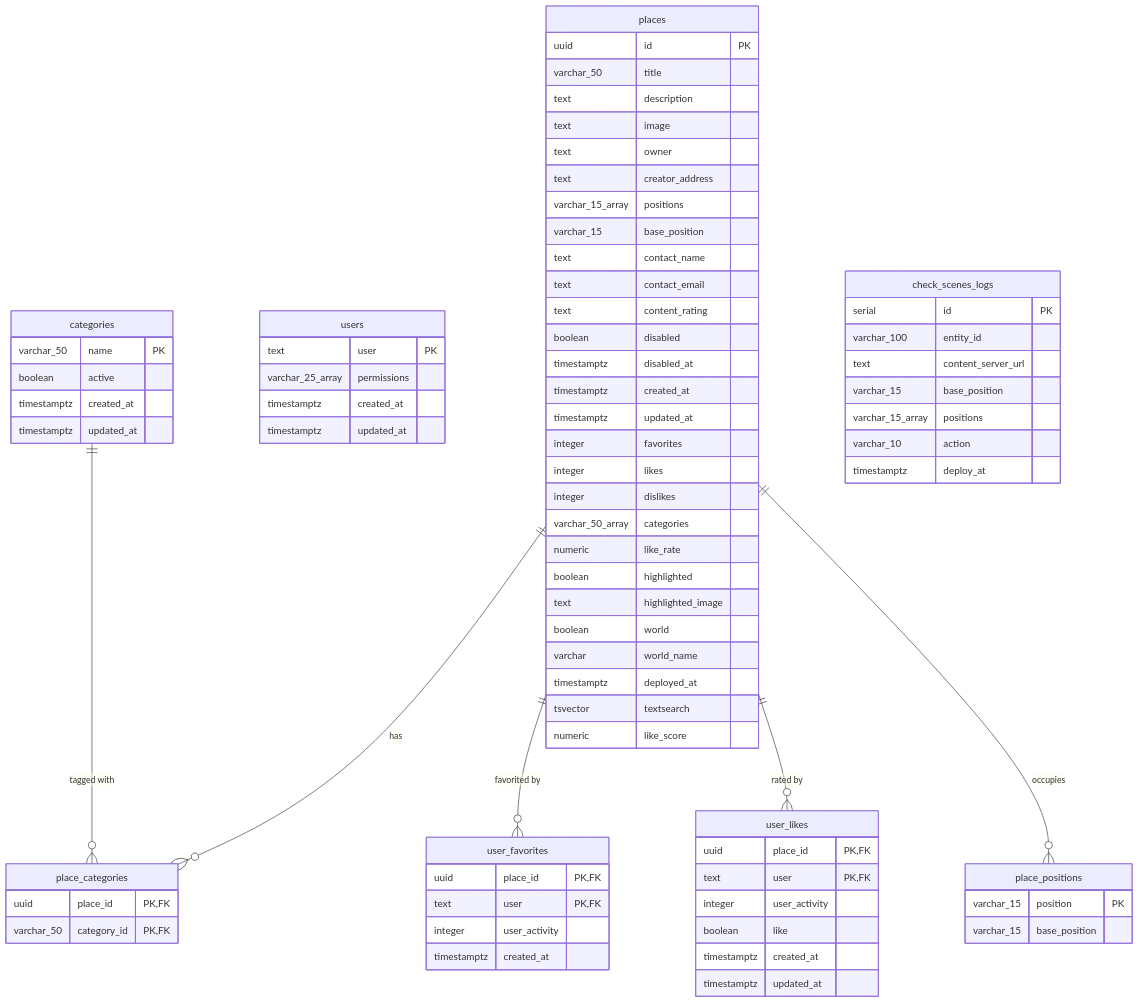
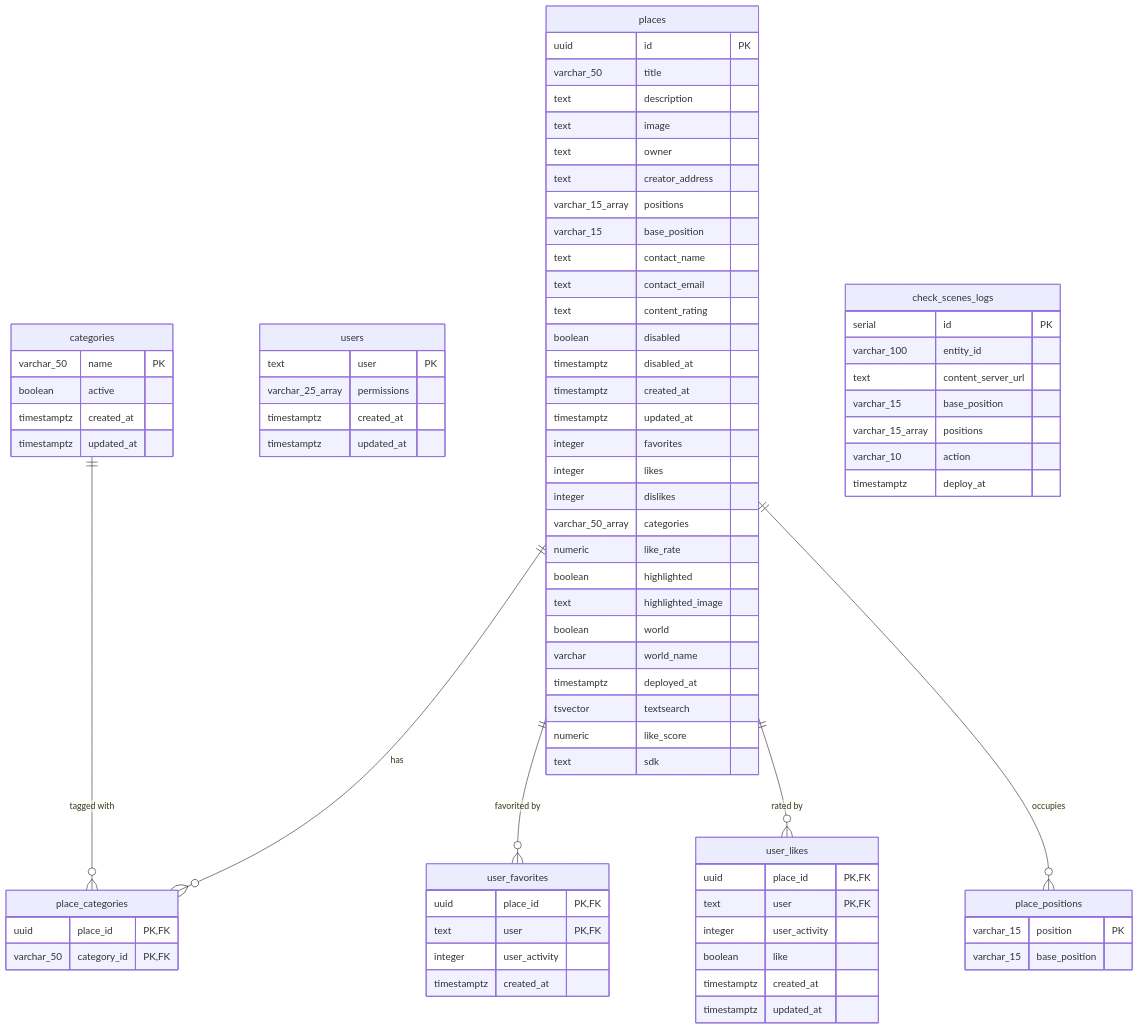
The diagram in docs/database-schemas.md (decentraland/places), drawn with Mermaid before and after one commit. The commit also changed other lines of this file and 28 other files, not shown here.

```diff
--- a/docs/database-schemas.md
+++ b/docs/database-schemas.md
@@ -34,6 +34,7 @@
         timestamptz deployed_at
         tsvector textsearch
         numeric like_score
+        text sdk
     }
 
     users {
```
